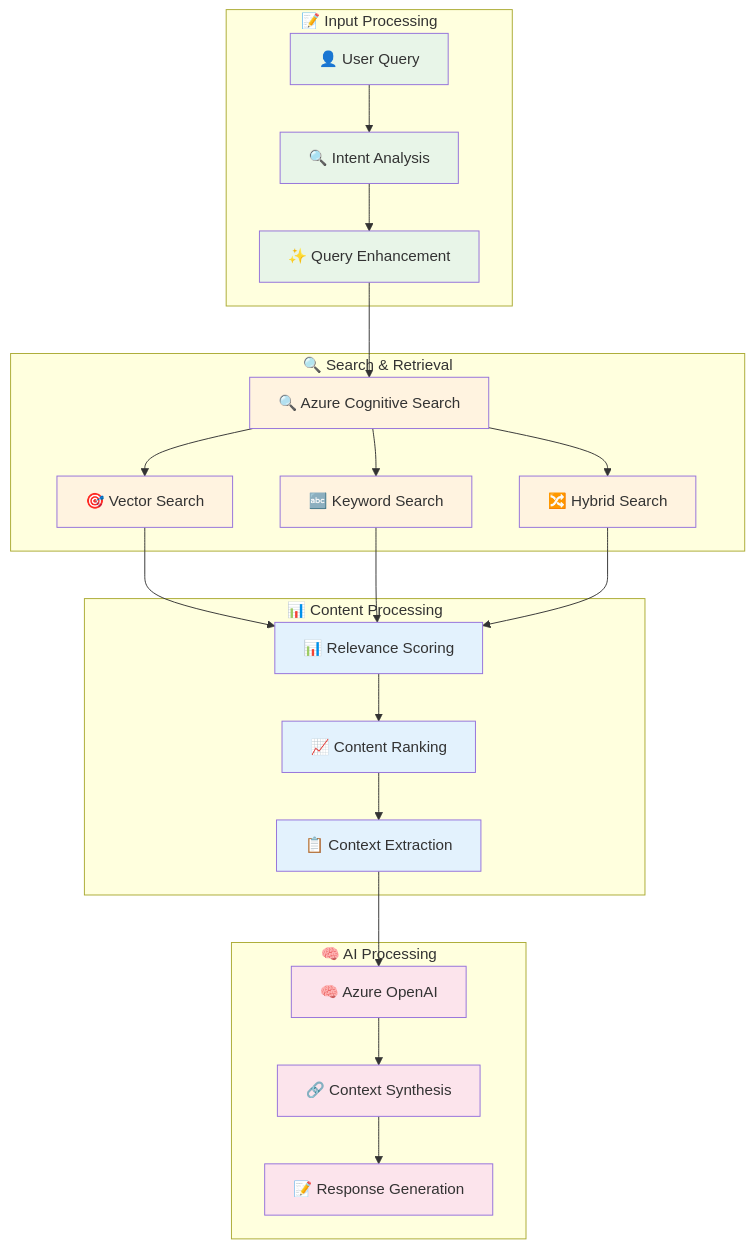
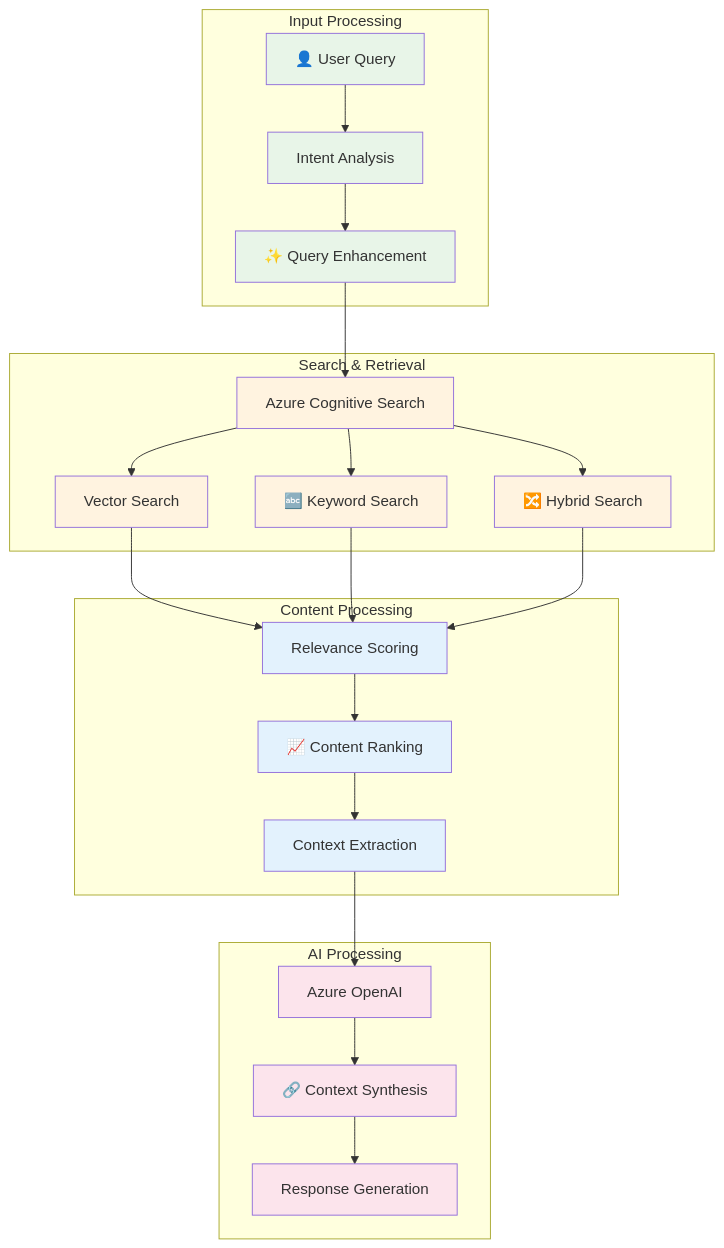
The fourth of 10 diagrams in docs/workflows/README.md (the-ingenious-dark-knight/Insight_Ingenious), drawn with Mermaid before and after one commit. The commit also changed other lines of this file and 23 other files, not shown here.

````diff
--- a/docs/workflows/README.md
+++ b/docs/workflows/README.md
@@ -164,56 +164,56 @@
 ```mermaid
 graph TB
-    subgraph "📝 Input Processing"
+    subgraph " Input Processing"
         USER_QUERY[👤 User Query]
-        INTENT_ANALYSIS[🔍 Intent Analysis]
+        INTENT_ANALYSIS[ Intent Analysis]
         QUERY_ENHANCEMENT[✨ Query Enhancement]
     end
 
-    subgraph "🔍 Search & Retrieval"
-        AZURE_SEARCH[🔍 Azure Cognitive Search]
-        VECTOR_SEARCH[🎯 Vector Search]
+    subgraph " Search & Retrieval"
+        AZURE_SEARCH[ Azure Cognitive Search]
+        VECTOR_SEARCH[ Vector Search]
         KEYWORD_SEARCH[🔤 Keyword Search]
         HYBRID_SEARCH[🔀 Hybrid Search]
     end
 
-    subgraph "📊 Content Processing"
-        RELEVANCE_SCORING[📊 Relevance Scoring]
+    subgraph " Content Processing"
+        RELEVANCE_SCORING[ Relevance Scoring]
         CONTENT_RANKING[📈 Content Ranking]
-        CONTEXT_EXTRACTION[📋 Context Extraction]
+        CONTEXT_EXTRACTION[ Context Extraction]
     end
 
-    subgraph "🧠 AI Processing"
-        AZURE_OPENAI[🧠 Azure OpenAI]
+    subgraph " AI Processing"
+        AZURE_OPENAI[ Azure OpenAI]
         CONTEXT_SYNTHESIS[🔗 Context Synthesis]
-        RESPONSE_GENERATION[📝 Response Generation]
+        RESPONSE_GENERATION[ Response Generation]
     end
 
     USER_QUERY --> INTENT_ANALYSIS
     INTENT_ANALYSIS --> QUERY_ENHANCEMENT
     QUERY_ENHANCEMENT --> AZURE_SEARCH
 
     AZURE_SEARCH --> VECTOR_SEARCH
     AZURE_SEARCH --> KEYWORD_SEARCH
     AZURE_SEARCH --> HYBRID_SEARCH
 
     VECTOR_SEARCH --> RELEVANCE_SCORING
     KEYWORD_SEARCH --> RELEVANCE_SCORING
     HYBRID_SEARCH --> RELEVANCE_SCORING
 
     RELEVANCE_SCORING --> CONTENT_RANKING
     CONTENT_RANKING --> CONTEXT_EXTRACTION
     CONTEXT_EXTRACTION --> AZURE_OPENAI
 
     AZURE_OPENAI --> CONTEXT_SYNTHESIS
     CONTEXT_SYNTHESIS --> RESPONSE_GENERATION
 
     classDef input fill:#e8f5e8
     classDef search fill:#fff3e0
     classDef processing fill:#e3f2fd
     classDef ai fill:#fce4ec
 
     class USER_QUERY,INTENT_ANALYSIS,QUERY_ENHANCEMENT input
     class AZURE_SEARCH,VECTOR_SEARCH,KEYWORD_SEARCH,HYBRID_SEARCH search
     class RELEVANCE_SCORING,CONTENT_RANKING,CONTEXT_EXTRACTION processing
     class AZURE_OPENAI,CONTEXT_SYNTHESIS,RESPONSE_GENERATION ai
 ```
````
